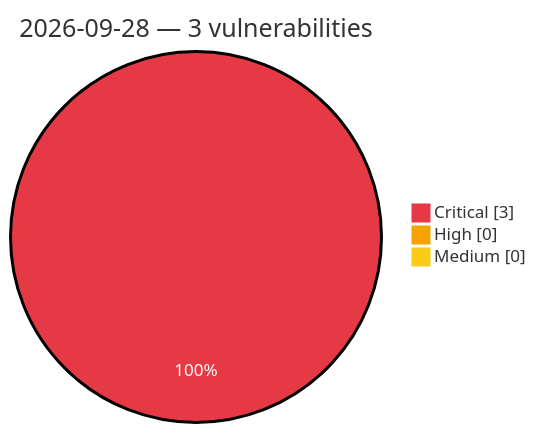
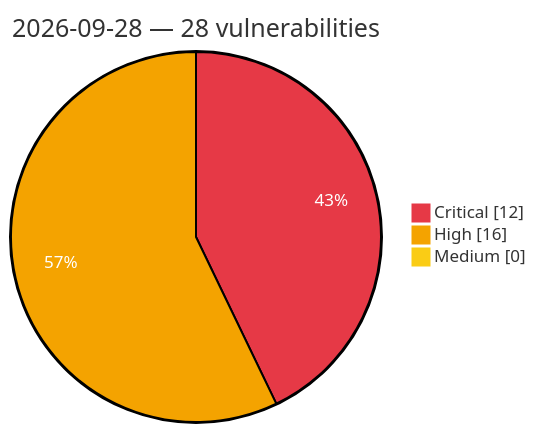
Before and after one commit to GhostX0X/vuln-tracker: the diagram in vulnerabilities/2026/September/2026-09-28.md, drawn with Mermaid. The commit also changed other lines of this file and 5 other files, not shown here.

Commit message:
Auto update: critical/high vulns (2026-09-28 14:18 UTC)

````diff
--- a/vulnerabilities/2026/September/2026-09-28.md
+++ b/vulnerabilities/2026/September/2026-09-28.md
@@ -3,8 +3,8 @@
 ```mermaid
 %%{init: {'theme':'base', 'themeVariables': {'pie1':'#e63946', 'pie2':'#f4a300', 'pie3':'#facc15', 'pieOpacity':'1', 'pieOuterStrokeWidth':'2px', 'pieSectionTextColor':'#ffffff'}}}%%
 pie showData
-    title 2026-09-28 — 3 vulnerabilities
-    "Critical" : 3
-    "High" : 0
+    title 2026-09-28 — 28 vulnerabilities
+    "Critical" : 12
+    "High" : 16
     "Medium" : 0
 ```
````
